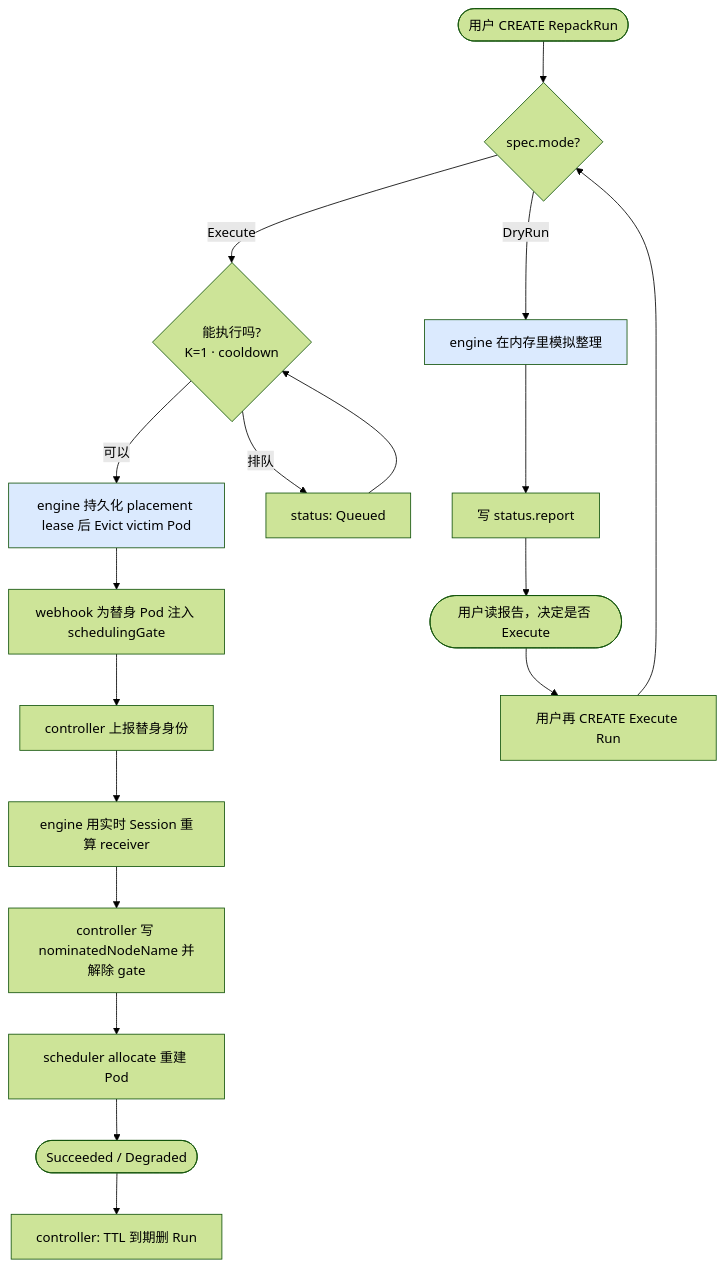
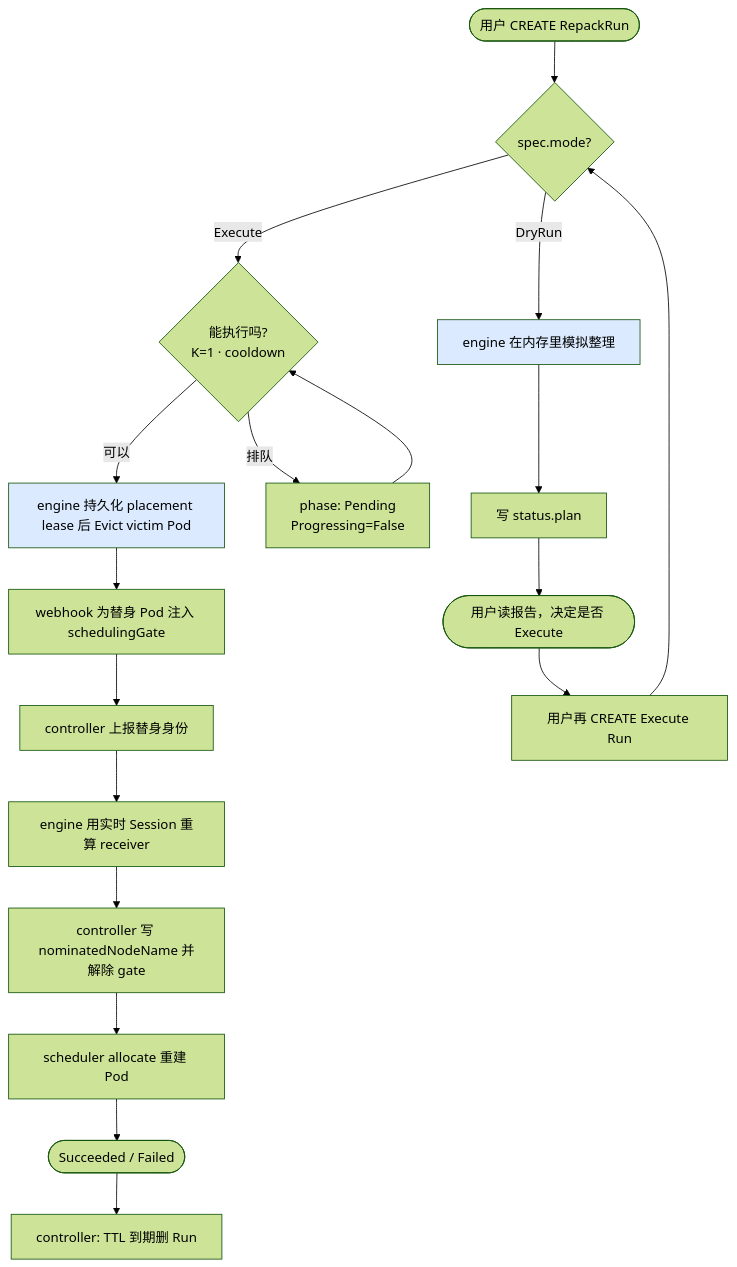
Before and after one commit to wangyang0616/volcano: the third of 3 diagrams in docs/design/repack-module-architecture.md, drawn with Mermaid (forest theme). The commit also changed other lines of this file and 52 other files, not shown here.

````diff
--- a/docs/design/repack-module-architecture.md
+++ b/docs/design/repack-module-architecture.md
@@ -107,29 +107,29 @@
 ```mermaid
 flowchart TB
     START([用户 CREATE RepackRun])
 
     START --> MODE{spec.mode?}
 
     MODE -->|DryRun| D1[engine 在内存里模拟整理]
-    D1 --> D2[写 status.report]
+    D1 --> D2[写 status.plan]
     D2 --> D3([用户读报告，决定是否 Execute])
 
     MODE -->|Execute| E1{能执行吗?<br/>K=1 · cooldown}
-    E1 -->|排队| E2[status: Queued]
+    E1 -->|排队| E2[phase: Pending<br/>Progressing=False]
     E2 --> E1
     E1 -->|可以| E3[engine 持久化 placement lease 后 Evict victim Pod]
     E3 --> E4[webhook 为替身 Pod 注入 schedulingGate]
     E4 --> E5[controller 上报替身身份]
     E5 --> E6[engine 用实时 Session 重算 receiver]
     E6 --> E7[controller 写 nominatedNodeName 并解除 gate]
     E7 --> E8[scheduler allocate 重建 Pod]
-    E8 --> END([Succeeded / Degraded])
+    E8 --> END([Succeeded / Failed])
 
     D3 --> EXEC[用户再 CREATE Execute Run]
     EXEC --> MODE
 
     END --> GC[controller: TTL 到期删 Run]
 
     style D1 fill:#dbeafe
     style E3 fill:#dbeafe
 ```
````
